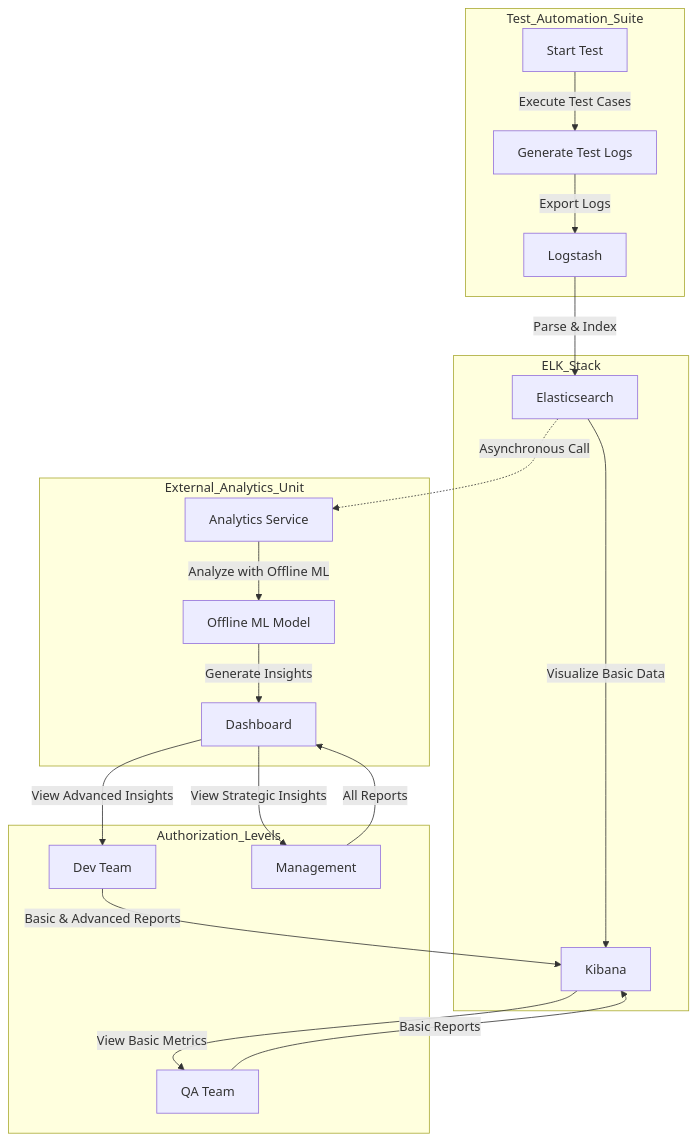
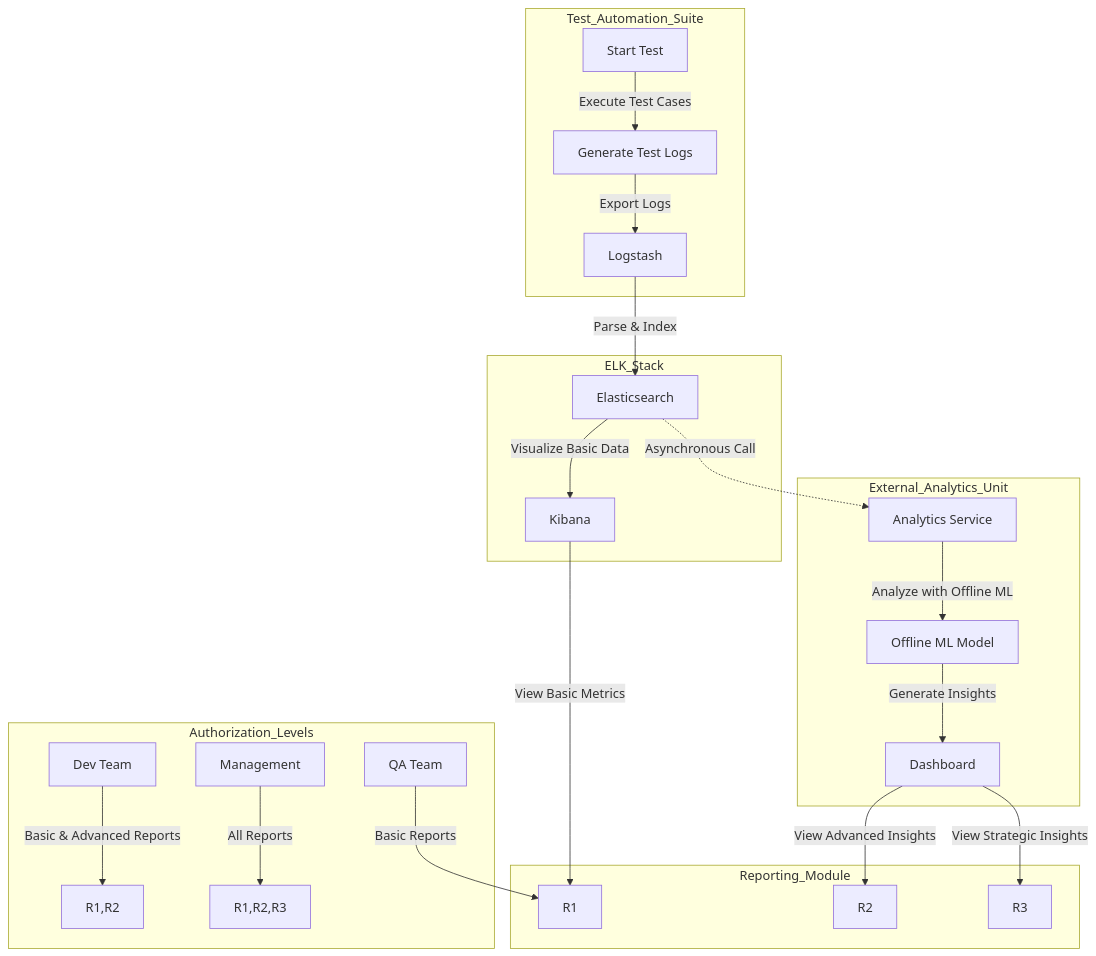
The diagram in _testing/automationPipelineGraph.md (nullzero-live/ChatbotJS), drawn with Mermaid before and after one commit.

Commit message:
updated graph diagram

````diff
--- a/_testing/automationPipelineGraph.md
+++ b/_testing/automationPipelineGraph.md
@@ -1,31 +1,33 @@
 ```mermaid
 graph TD
   subgraph Test_Automation_Suite
     A1[Start Test] -->|Execute Test Cases| A2[Generate Test Logs]
     A2 -->|Export Logs| A3[Logstash]
   end
   
   subgraph ELK_Stack
     A3 -->|Parse & Index| A4[Elasticsearch]
     A4 -->|Visualize Basic Data| A5[Kibana]
   end
 
   subgraph External_Analytics_Unit
     A4 -.->|Asynchronous Call| B1[Analytics Service]
     B1 -->|Analyze with Offline ML| B2[Offline ML Model]
     B2 -->|Generate Insights| B3[Dashboard]
   end
   
+  subgraph Reporting_Module
+    A5 -->|View Basic Metrics| R1
+    B3 -->|View Advanced Insights| R2
+    B3 -->|View Strategic Insights| R3
+  end
+  
   subgraph Authorization_Levels
     C1[QA Team]
     C2[Dev Team]
     C3[Management]
-    C1 -->|Basic Reports| A5
-    C2 -->|Basic & Advanced Reports| A5
-    C3 -->|All Reports| B3
+    C1 -->|Basic Reports| R1
+    C2 -->|Basic & Advanced Reports| R1,R2
+    C3 -->|All Reports| R1,R2,R3
   end
-
-  A5 -->|View Basic Metrics| C1
-  B3 -->|View Advanced Insights| C2
-  B3 -->|View Strategic Insights| C3
   ```
````
